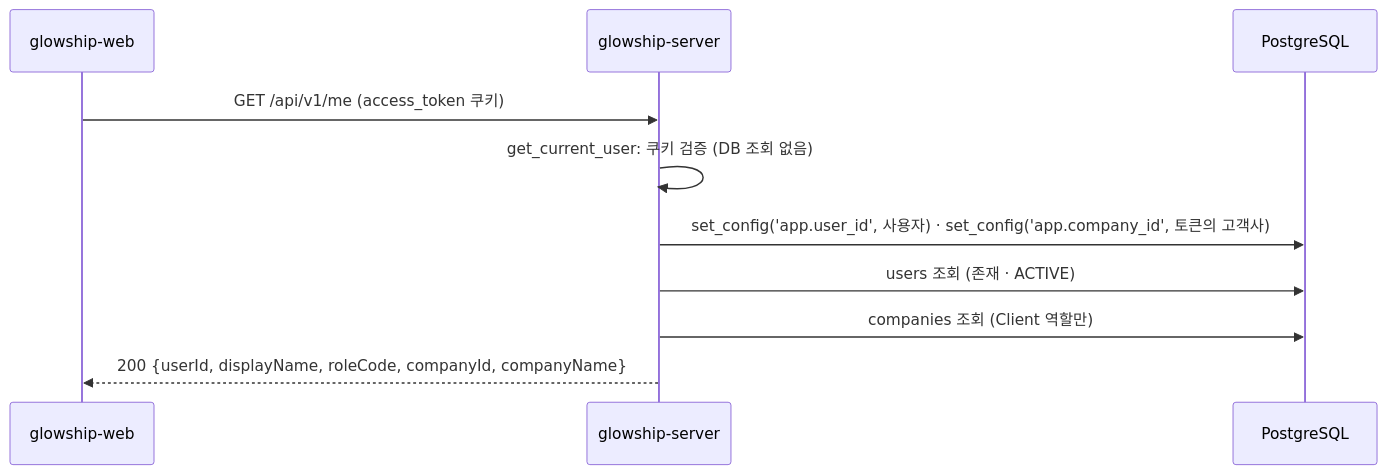
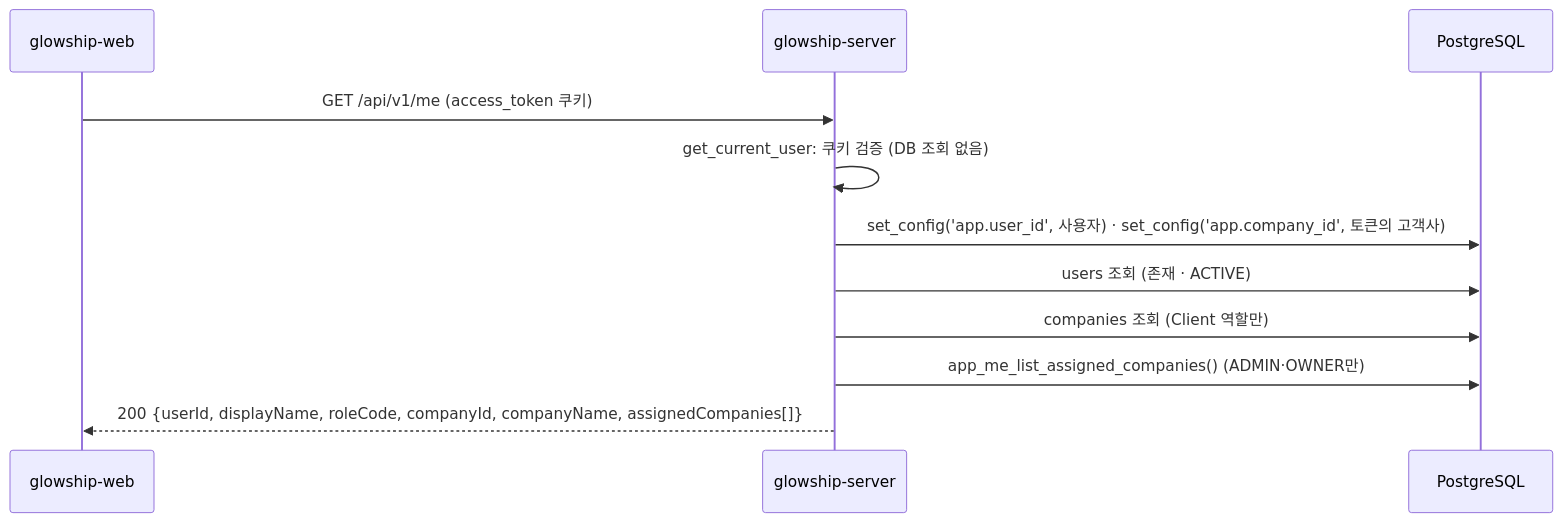
One commit to K-GlowShip/glowship-server changed the diagram in docs/auth/me.md. Above: the diagram before and after it, drawn with Mermaid. The commit also changed other lines of this file and 10 other files, not shown here.

First line of the commit message:
feat(user): GET /me 응답에 담당 고객사 목록(assignedCompanies) 추가 #GLOW-163 (#163)

````diff
--- a/docs/auth/me.md
+++ b/docs/auth/me.md
@@ -9,13 +10,14 @@
 ```mermaid
 sequenceDiagram
     participant W as glowship-web
     participant S as glowship-server
     participant DB as PostgreSQL
 
     W->>S: GET /api/v1/me (access_token 쿠키)
     S->>S: get_current_user: 쿠키 검증 (DB 조회 없음)
     S->>DB: set_config('app.user_id', 사용자) · set_config('app.company_id', 토큰의 고객사)
     S->>DB: users 조회 (존재 · ACTIVE)
     S->>DB: companies 조회 (Client 역할만)
-    S-->>W: 200 {userId, displayName, roleCode, companyId, companyName}
+    S->>DB: app_me_list_assigned_companies() (ADMIN·OWNER만)
+    S-->>W: 200 {userId, displayName, roleCode, companyId, companyName, assignedCompanies[]}
 ```
````
